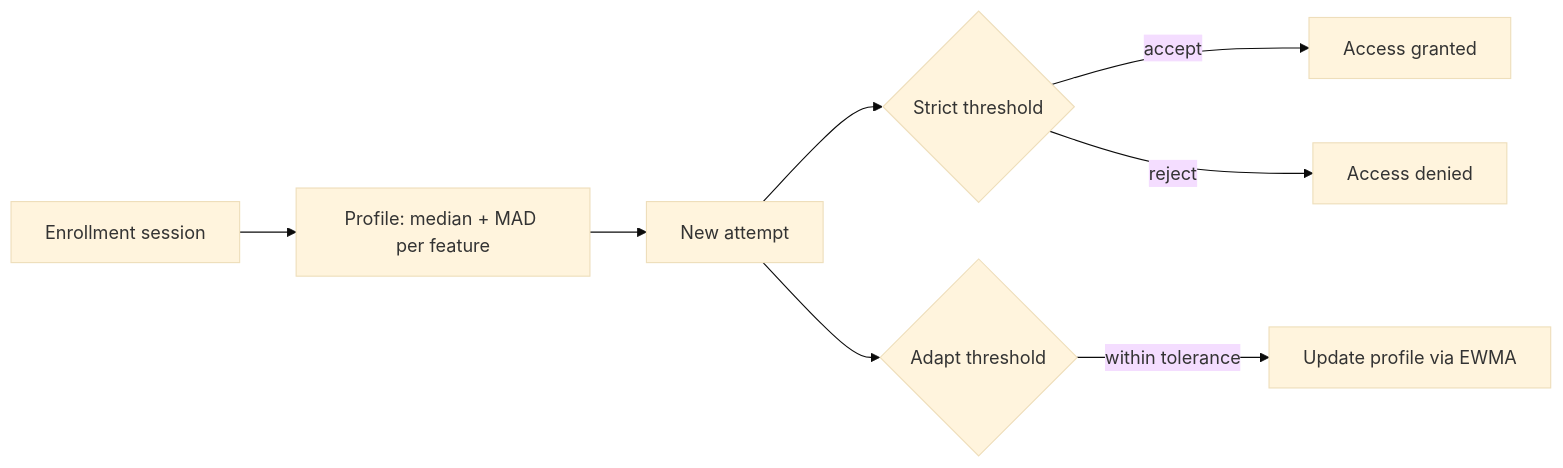
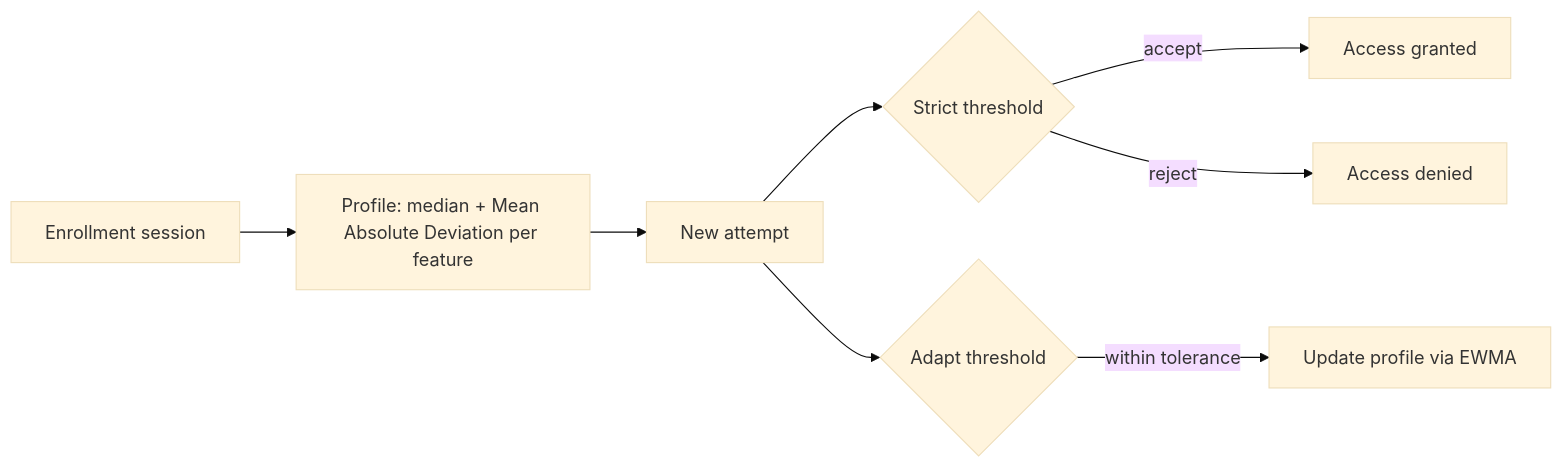
Before and after one commit to Synchronus69/Feature-Drift-Adaptive-Keystroke-Verification: the diagram in README.md, drawn with Mermaid (base theme). The commit also changed other lines of this file, not shown here.

````diff
--- a/README.md
+++ b/README.md
@@ -52,10 +52,10 @@
 ```mermaid
 flowchart LR
-    A[Enrollment session] --> B[Profile: median + MAD per feature]
+    A[Enrollment session] --> B[Profile: median + Mean Absolute Deviation per feature]
     B --> C[New attempt]
     C --> D{Strict threshold}
     D -- accept --> E[Access granted]
     D -- reject --> F[Access denied]
     C --> G{Adapt threshold}
     G -- within tolerance --> H[Update profile via EWMA]
 ```
````
